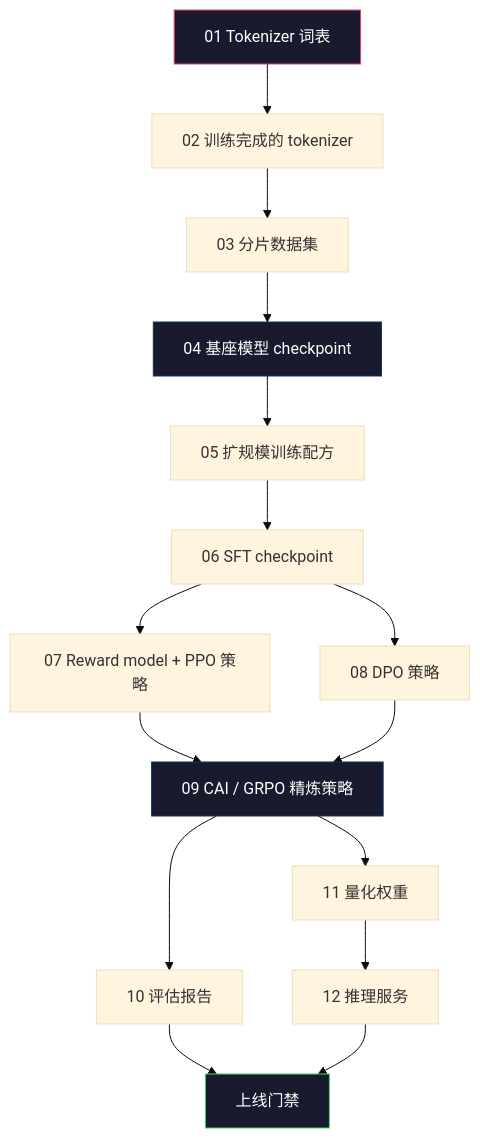
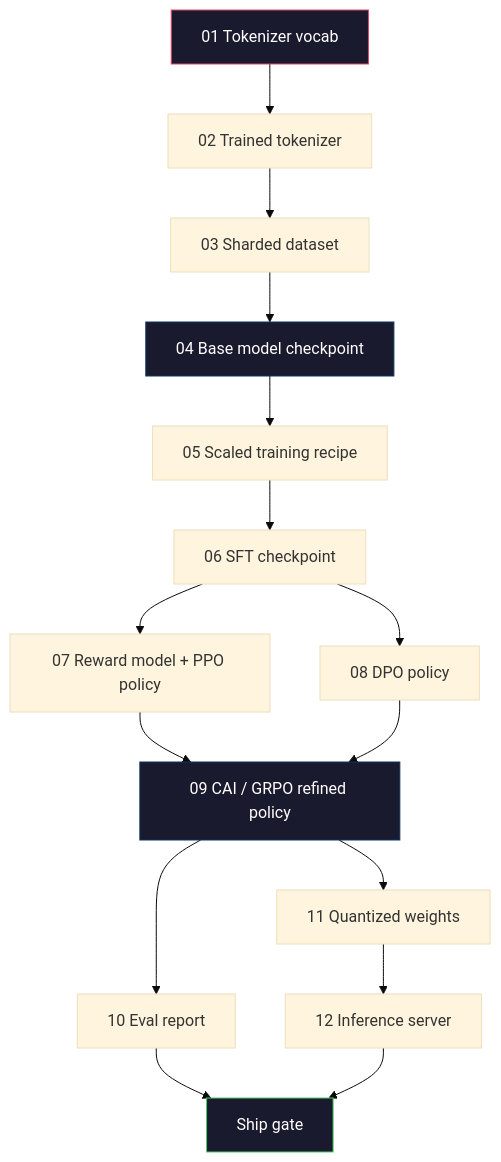
The first of 2 diagrams in i18n/zh/phases/10-llms-from-scratch/13-building-complete-llm-pipeline/docs/zh.md (xiaojiaenen/ai-engineering-from-scratch-zh), drawn with Mermaid (base theme) before and after one commit. The commit also changed other lines of this file and 24 other files, not shown here.

````diff
--- a/i18n/zh/phases/10-llms-from-scratch/13-building-complete-llm-pipeline/docs/zh.md
+++ b/i18n/zh/phases/10-llms-from-scratch/13-building-complete-llm-pipeline/docs/zh.md
@@ -33,22 +33,22 @@
 ```mermaid
 graph TD
-    S1["01 Tokenizer 词表"] --> S2["02 训练完成的 tokenizer"]
-    S2 --> S3["03 分片数据集"]
-    S3 --> S4["04 基座模型 checkpoint"]
-    S4 --> S5["05 扩规模训练配方"]
+    S1["01 Tokenizer vocab"] --> S2["02 Trained tokenizer"]
+    S2 --> S3["03 Sharded dataset"]
+    S3 --> S4["04 Base model checkpoint"]
+    S4 --> S5["05 Scaled training recipe"]
     S5 --> S6["06 SFT checkpoint"]
-    S6 --> S7["07 Reward model + PPO 策略"]
-    S6 --> S8["08 DPO 策略"]
-    S7 --> S9["09 CAI / GRPO 精炼策略"]
+    S6 --> S7["07 Reward model + PPO policy"]
+    S6 --> S8["08 DPO policy"]
+    S7 --> S9["09 CAI / GRPO refined policy"]
     S8 --> S9
-    S9 --> S10["10 评估报告"]
-    S9 --> S11["11 量化权重"]
-    S11 --> S12["12 推理服务"]
-    S10 --> GATE["上线门禁"]
+    S9 --> S10["10 Eval report"]
+    S9 --> S11["11 Quantized weights"]
+    S11 --> S12["12 Inference server"]
+    S10 --> GATE["Ship gate"]
     S12 --> GATE
 
     style S1 fill:#1a1a2e,stroke:#e94560,color:#fff
     style S4 fill:#1a1a2e,stroke:#0f3460,color:#fff
     style S9 fill:#1a1a2e,stroke:#0f3460,color:#fff
     style GATE fill:#1a1a2e,stroke:#51cf66,color:#fff
 ```
````
